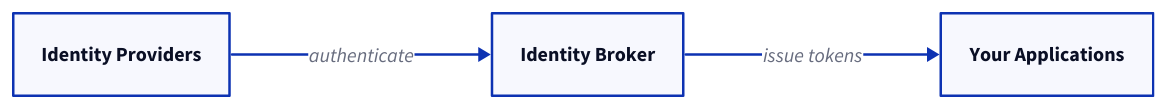
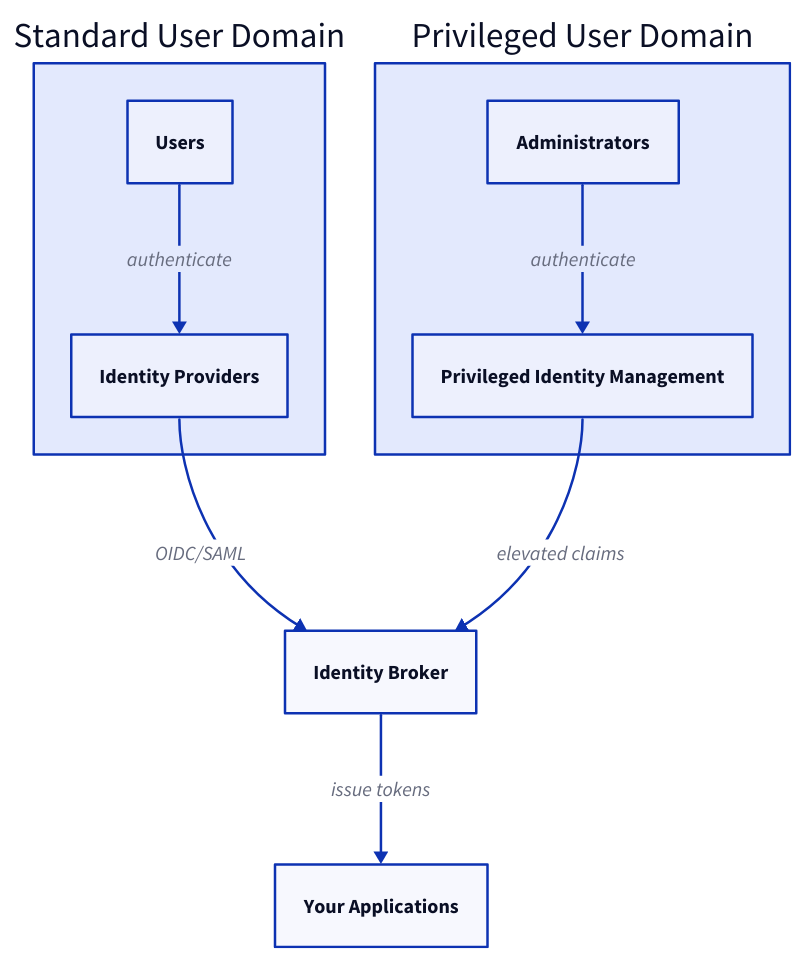
Before and after one commit to wagov-dtt/architecture-decision-records: the diagram in reference-architectures/identity-management.md, drawn with D2. The commit also changed other lines of this file and 2 other files, not shown here.

Commit message:
Improve identity diagrams and clarify content workflow terminology
- Update ADR 013 and identity-management reference architecture diagrams
  to show clear separation between privileged and standard user domains
- Clarify content-management workflow terminology by consolidating
  redundant 'editorial approval' and 'content moderation' items into
  distinct, specific guidance

````diff
--- a/reference-architectures/identity-management.md
+++ b/reference-architectures/identity-management.md
@@ -33,10 +33,23 @@
 ```d2
-direction: right
+direction: down
 
-providers: Identity Providers
+standard: Standard User Domain {
+  users: Users
+  providers: Identity Providers
+}
+
+privileged: Privileged User Domain {
+  admins: Administrators
+  pim: Privileged Identity Management
+}
+
 broker: Identity Broker
+
+standard.users -> standard.providers: authenticate
+standard.providers -> broker: OIDC/SAML
+privileged.admins -> privileged.pim: authenticate
+privileged.pim -> broker: elevated claims
+broker -> apps: issue tokens
+
 apps: Your Applications
-
-providers -> broker: authenticate
-broker -> apps: issue tokens
 ```
````
